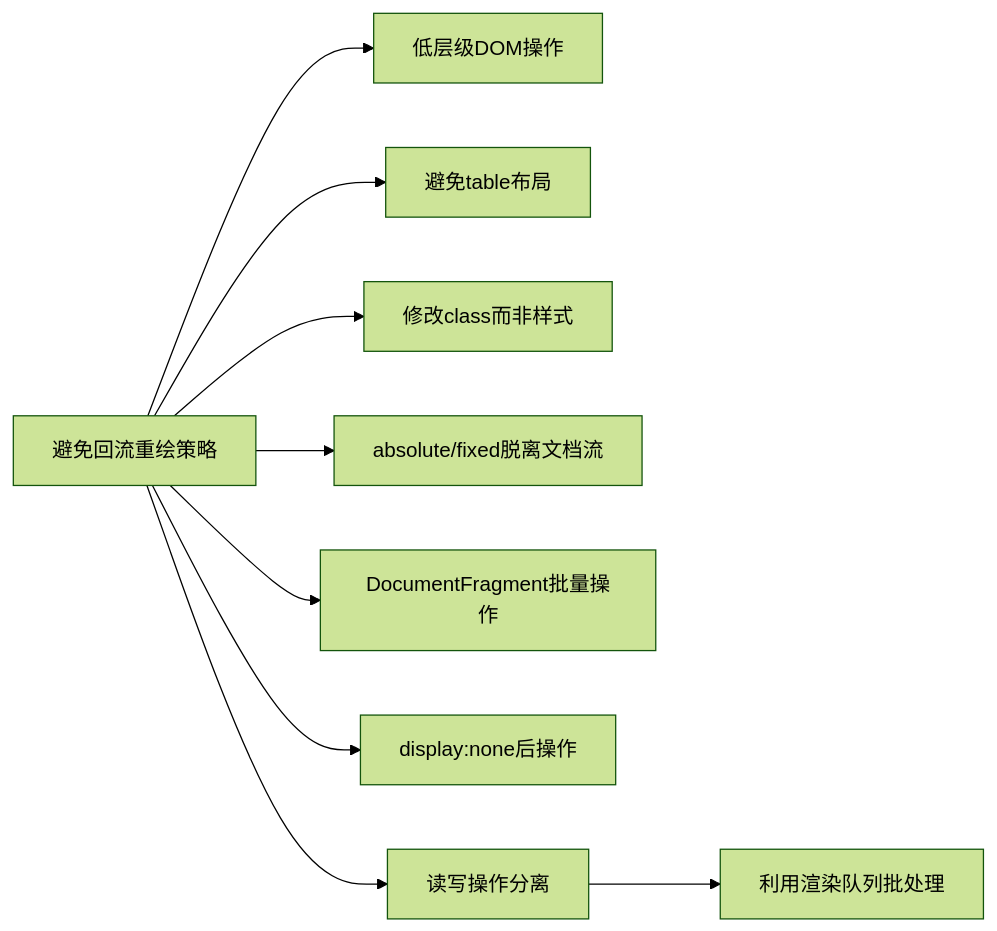
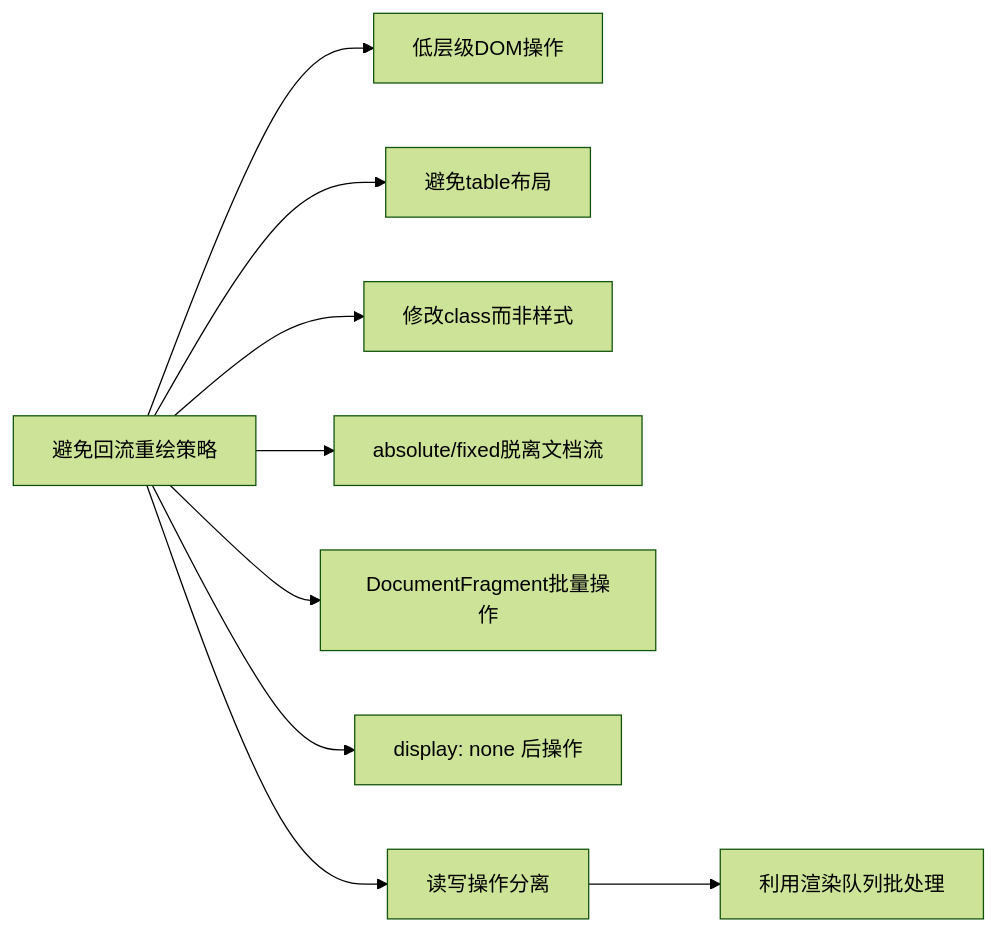
Before and after one commit to KMaybe01/common: the seventh of 33 diagrams in S3-进阶提升/02-性能优化.md, drawn with Mermaid (forest theme). The commit also changed 18 other files, not shown here.

````diff
--- a/S3-进阶提升/02-性能优化.md
+++ b/S3-进阶提升/02-性能优化.md
@@ -342,11 +342,11 @@
 ```mermaid
 flowchart LR
     A["避免回流重绘策略"] --> B["低层级DOM操作"]
     A --> C["避免table布局"]
     A --> D["修改class而非样式"]
     A --> E["absolute/fixed脱离文档流"]
     A --> F["DocumentFragment批量操作"]
-    A --> G["display:none后操作"]
+    A --> G["display: none 后操作"]
     A --> H["读写操作分离"]
     H --> I["利用渲染队列批处理"]
 ```
````
